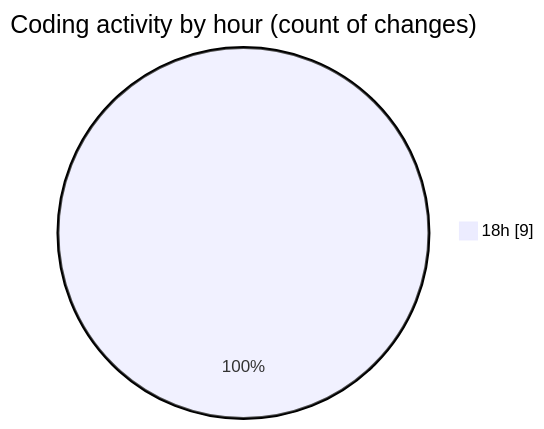
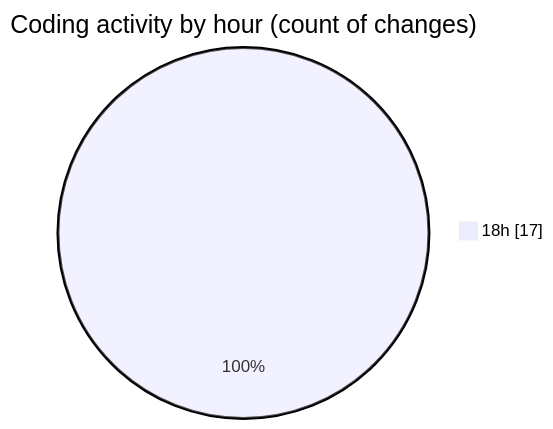
One commit to Unknowalive/code-tracking changed the second of 2 diagrams in 2026-09-07/immersive_codes/README.md. Above: the diagram before and after it, drawn with Mermaid. The commit also changed other lines of this file and 1 other file, not shown here.

````diff
--- a/2026-09-07/immersive_codes/README.md
+++ b/2026-09-07/immersive_codes/README.md
@@ -28,5 +29,5 @@
 ```mermaid
 pie showData
 title Coding activity by hour (count of changes)
-"18h" : 9
+"18h" : 17
 ```
````
